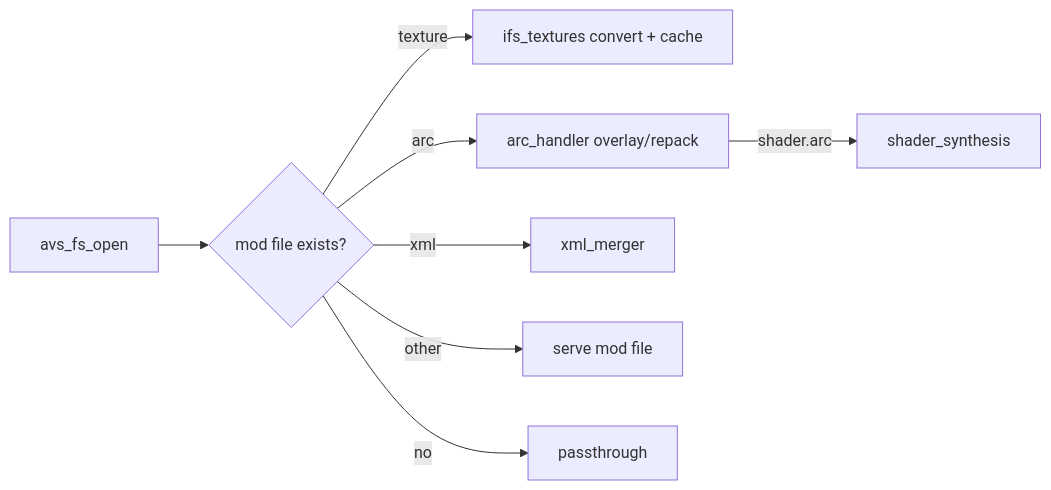
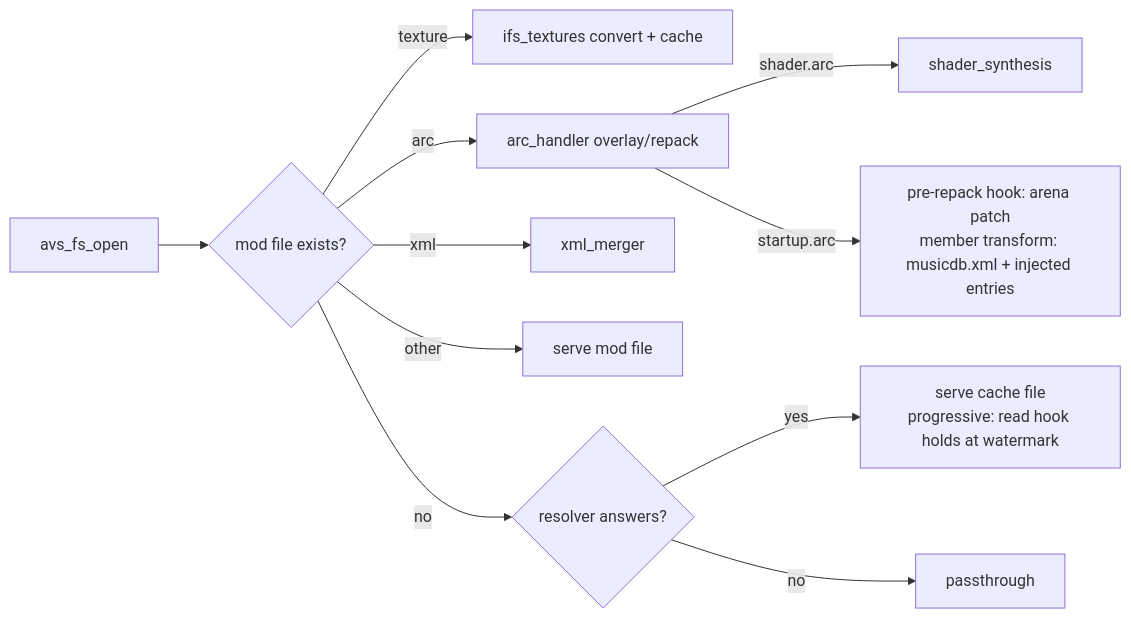
Before and after one commit to skogaby/ddr-world-universal-modpack: the diagram in .agents/summary/workflows.md, drawn with Mermaid. The commit also changed other lines of this file and 874 other files, not shown here.

````diff
--- a/.agents/summary/workflows.md
+++ b/.agents/summary/workflows.md
@@ -97,10 +105,13 @@
 ```mermaid
 flowchart LR
     O[avs_fs_open] --> P{mod file exists?}
     P -->|texture| T[ifs_textures convert + cache]
     P -->|arc| A[arc_handler overlay/repack]
     A -->|shader.arc| S[shader_synthesis]
+    A -->|startup.arc| MT[pre-repack hook: arena patch<br/>member transform: musicdb.xml + injected entries]
     P -->|xml| X[xml_merger]
     P -->|other| M[serve mod file]
-    P -->|no| G[passthrough]
+    P -->|no| R{resolver answers?}
+    R -->|yes| V[serve cache file<br/>progressive: read hook holds at watermark]
+    R -->|no| G[passthrough]
 ```
````
